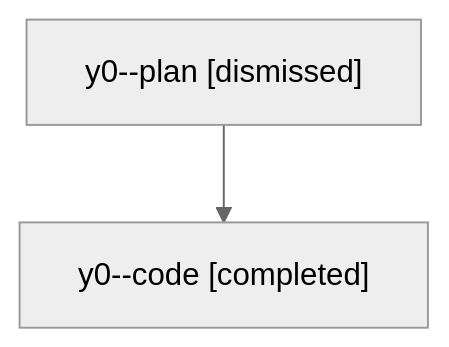
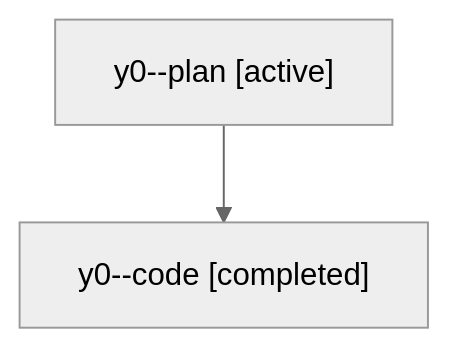
Before and after one commit to sase-org/sase--agents: the diagram in families/bbugyi200.athena.y0.md, drawn with Mermaid (neutral theme). The commit also changed other lines of this file and 35830 other files, not shown here.

````diff
--- a/families/bbugyi200.athena.y0.md
+++ b/families/bbugyi200.athena.y0.md
@@ -9,6 +9,6 @@
 ```mermaid
 flowchart TD
-  n0["y0--plan [dismissed]"]
+  n0["y0--plan [active]"]
   n1["y0--code [completed]"]
   n0 --> n1
 ```
````
